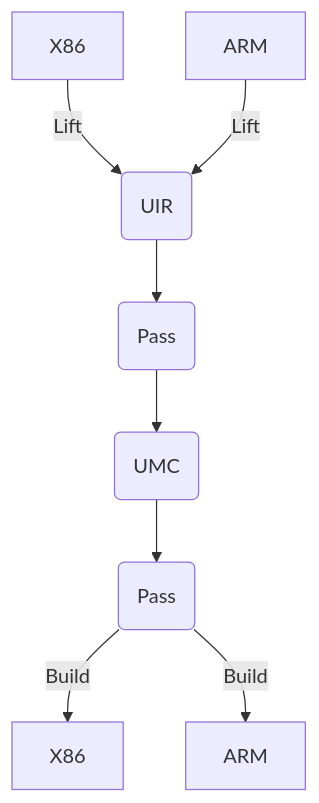
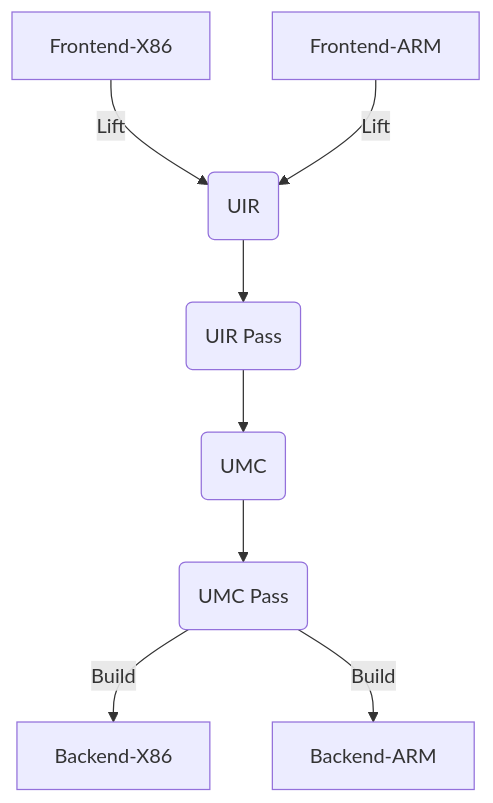
One commit to NewWorldComingSoon/UnknownRebuilder changed the diagram in README.md. Above: the diagram before and after it, drawn with Mermaid.

````diff
--- a/README.md
+++ b/README.md
@@ -8,14 +8,14 @@
 ```mermaid
 graph TD
 
-A1[X86] -->|Lift| B(UIR)
-A2[ARM] -->|Lift| B(UIR)
+A1[Frontend-X86] -->|Lift| B(UIR)
+A2[Frontend-ARM] -->|Lift| B(UIR)
 
-B -->C(Pass)
+B -->C(UIR Pass)
 C -->D(UMC)
-D -->E(Pass)
+D -->E(UMC Pass)
 
-E -->|Build| F1[X86]
-E -->|Build| F2[ARM]
+E -->|Build| F1[Backend-X86]
+E -->|Build| F2[Backend-ARM]
 
 ```
````
